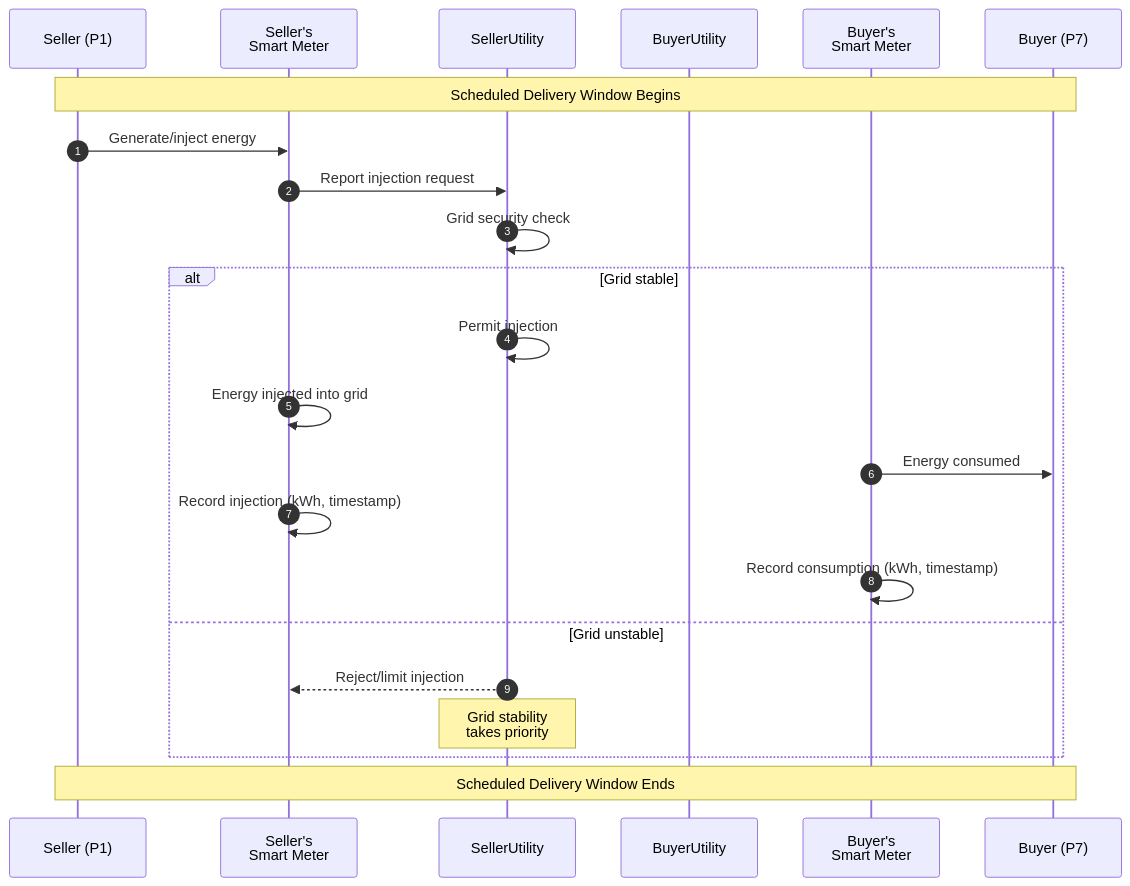
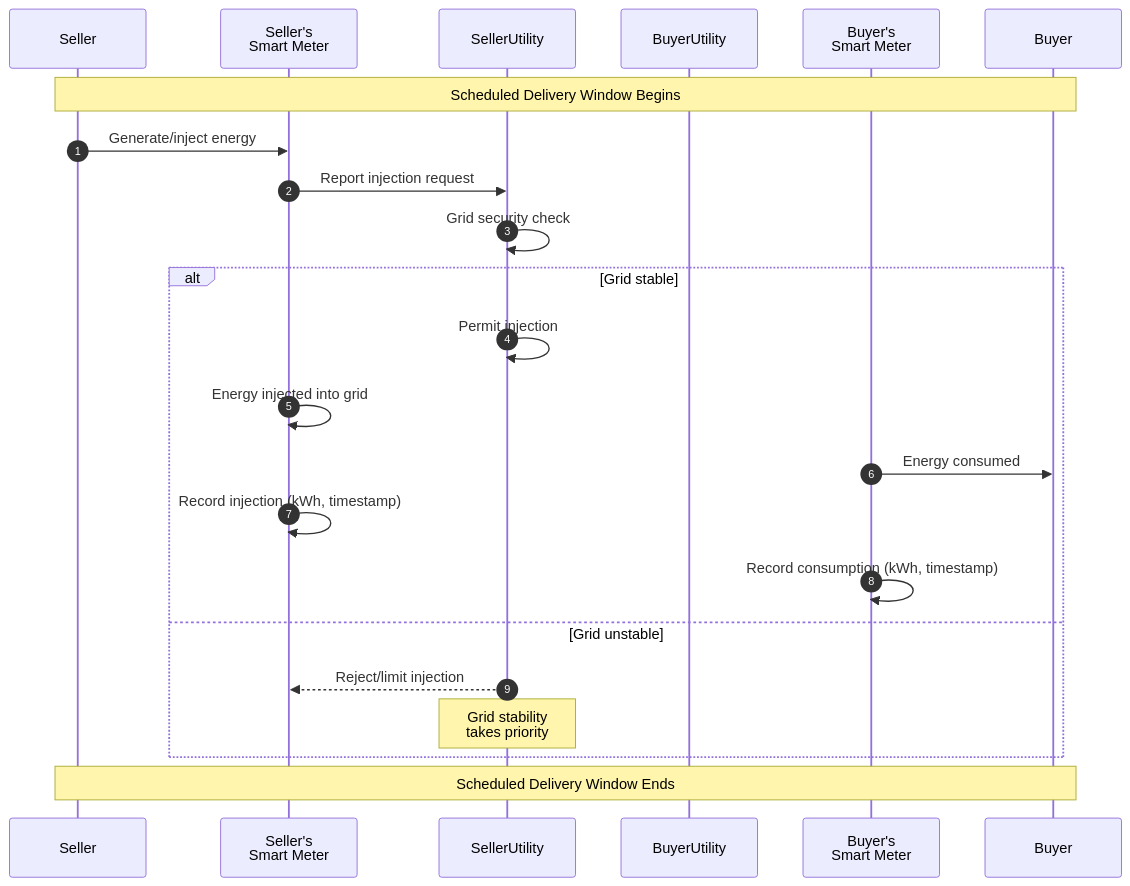
One commit to beckn/DEG changed the sixth of 9 diagrams in docs/implementation-guides/v2/P2P_Trading/Inter_energy_retailer_P2P_trading_alt_draft.md. Above: the diagram before and after it, drawn with Mermaid. The commit also changed other lines of this file, not shown here.

Commit message:
more refinements to seq diagram

````diff
--- a/docs/implementation-guides/v2/P2P_Trading/Inter_energy_retailer_P2P_trading_alt_draft.md
+++ b/docs/implementation-guides/v2/P2P_Trading/Inter_energy_retailer_P2P_trading_alt_draft.md
@@ -408,31 +409,31 @@
 ```mermaid
 sequenceDiagram
     autonumber
-    participant S as Seller (P1)
+    participant S as Seller
     participant SM_S as Seller's<br/>Smart Meter
     participant SellerUtility as SellerUtility
     participant BuyerUtility as BuyerUtility
     participant SM_B as Buyer's<br/>Smart Meter
-    participant B as Buyer (P7)
+    participant B as Buyer
 
     Note over S,B: Scheduled Delivery Window Begins
 
     S->>SM_S: Generate/inject energy
     SM_S->>SellerUtility: Report injection request
 
     SellerUtility->>SellerUtility: Grid security check
     alt Grid stable
         SellerUtility->>SellerUtility: Permit injection
         SM_S->>SM_S: Energy injected into grid
 
         SM_B->>B: Energy consumed
 
         SM_S->>SM_S: Record injection (kWh, timestamp)
         SM_B->>SM_B: Record consumption (kWh, timestamp)
     else Grid unstable
         SellerUtility-->>SM_S: Reject/limit injection
         Note over SellerUtility: Grid stability<br/>takes priority
     end
 
     Note over S,B: Scheduled Delivery Window Ends
 ```
````
